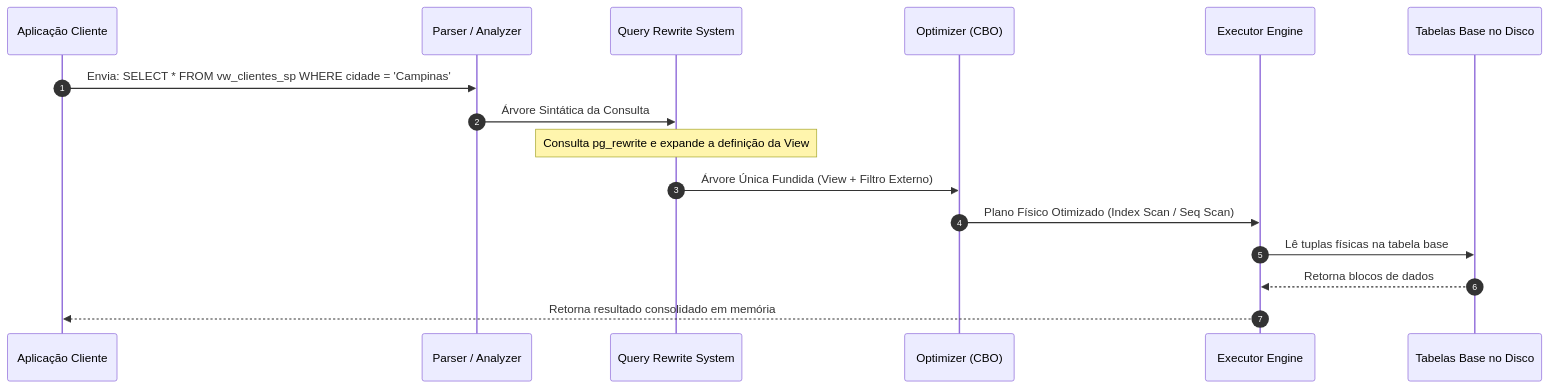
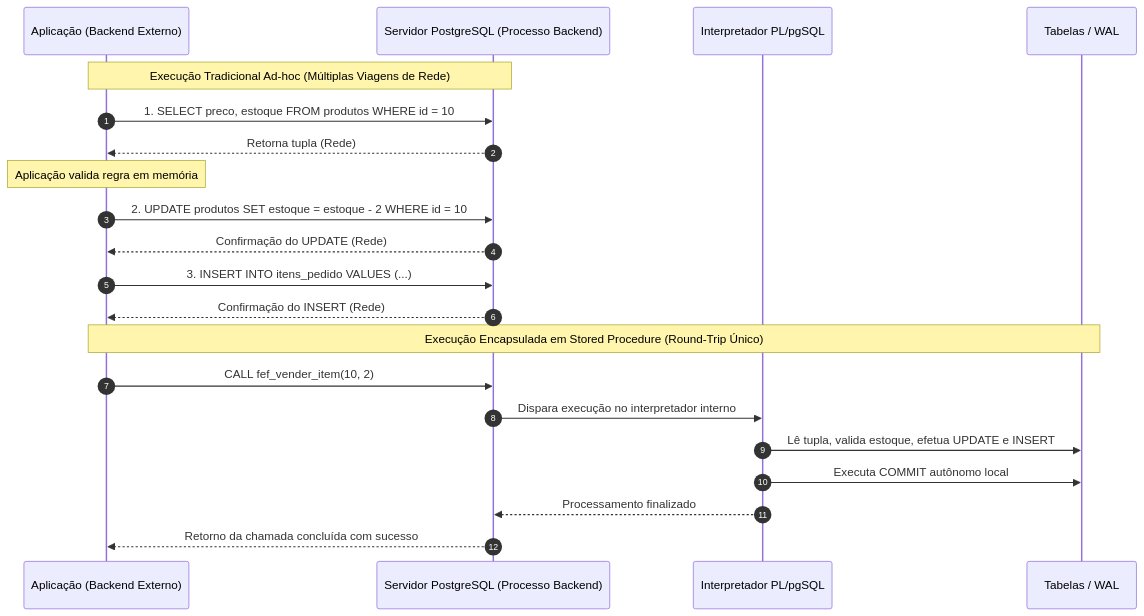
One commit to murilolol/unifef changed the fifth of 10 diagrams in 4º Semestre/[Prof. Welington Garcia] Tópicos Avançados em Banco de Dados/Resumos-IA/Caderno-Consolidado.md. Above: the diagram before and after it, drawn with Mermaid. The commit also changed other lines of this file and 40 other files, not shown here.

````diff
--- a/4º Semestre/[Prof. Welington Garcia] Tópicos Avançados em Banco de Dados/Resumos-IA/Caderno-Consolidado.md
+++ b/4º Semestre/[Prof. Welington Garcia] Tópicos Avançados em Banco de Dados/Resumos-IA/Caderno-Consolidado.md
@@ -311,19 +263,25 @@
 ```mermaid
 sequenceDiagram
   autonumber
-  participant App as Aplicação Cliente
-  participant Parser as Parser / Analyzer
-  participant Rewrite as Query Rewrite System
-  participant Otimizador as Optimizer (CBO)
-  participant Exec as Executor Engine
-  participant Disk as Tabelas Base no Disco
+  participant App as Aplicação (Backend Externo)
+  participant DB as Servidor PostgreSQL (Processo Backend)
+  participant Engine as Interpretador PL/pgSQL
+  participant Disk as Tabelas / WAL
 
-  App->>Parser: Envia: SELECT * FROM vw_clientes_sp WHERE cidade = 'Campinas'
-  Parser->>Rewrite: Árvore Sintática da Consulta
-  Note over Rewrite: Consulta pg_rewrite e expande a definição da View
-  Rewrite->>Otimizador: Árvore Única Fundida (View + Filtro Externo)
-  Otimizador->>Exec: Plano Físico Otimizado (Index Scan / Seq Scan)
-  Exec->>Disk: Lê tuplas físicas na tabela base
-  Disk-->>Exec: Retorna blocos de dados
-  Exec-->>App: Retorna resultado consolidado em memória
+  Note over App,DB: Execução Tradicional Ad-hoc (Múltiplas Viagens de Rede)
+  App->>DB: 1. SELECT preco, estoque FROM produtos WHERE id = 10
+  DB-->>App: Retorna tupla (Rede)
+  Note over App: Aplicação valida regra em memória
+  App->>DB: 2. UPDATE produtos SET estoque = estoque - 2 WHERE id = 10
+  DB-->>App: Confirmação do UPDATE (Rede)
+  App->>DB: 3. INSERT INTO itens_pedido VALUES (...)
+  DB-->>App: Confirmação do INSERT (Rede)
+
+  Note over App,Disk: Execução Encapsulada em Stored Procedure (Round-Trip Único)
+  App->>DB: CALL fef_vender_item(10, 2)
+  DB->>Engine: Dispara execução no interpretador interno
+  Engine->>Disk: Lê tupla, valida estoque, efetua UPDATE e INSERT
+  Engine->>Disk: Executa COMMIT autônomo local
+  Engine-->>DB: Processamento finalizado
+  DB-->>App: Retorno da chamada concluída com sucesso
 ```
````
